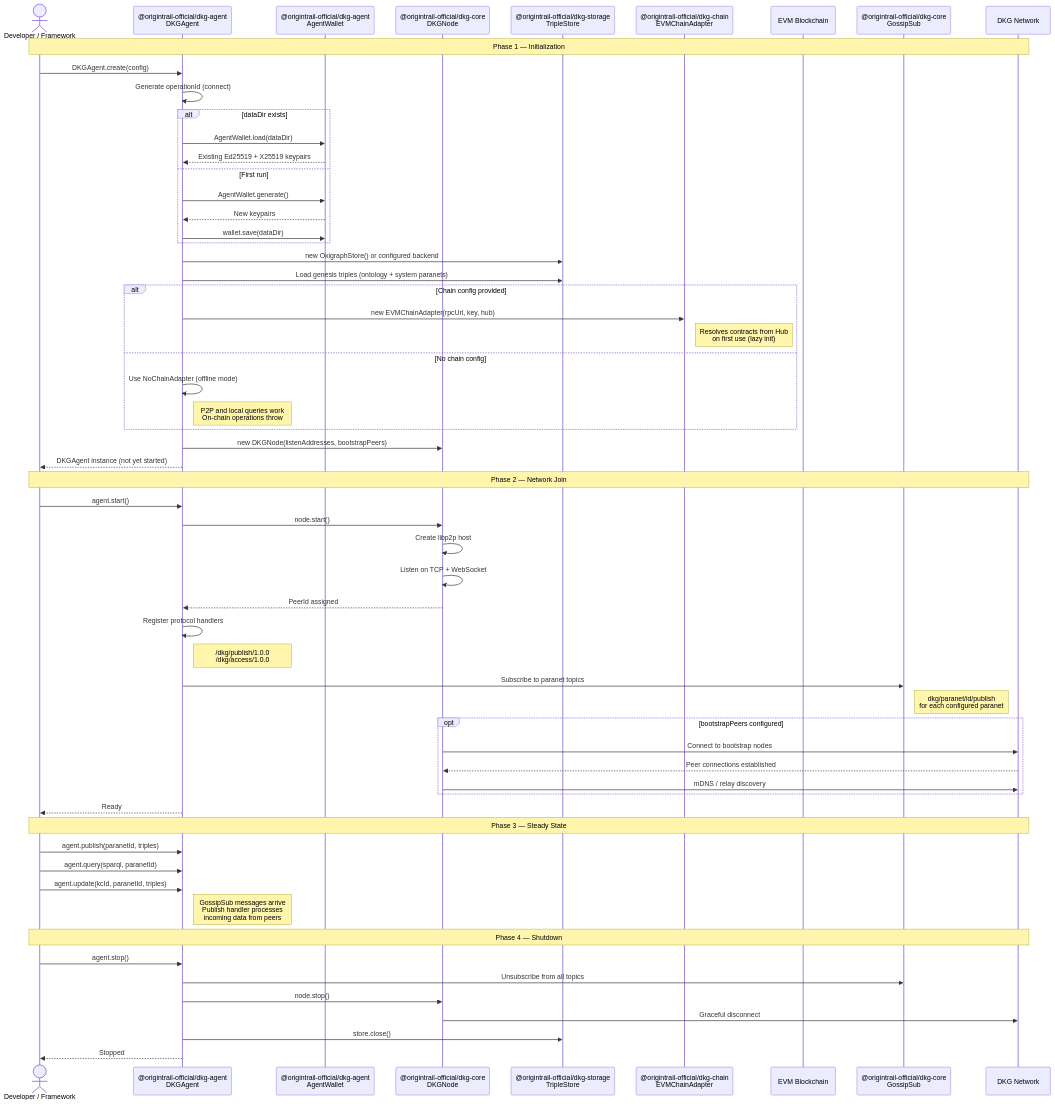
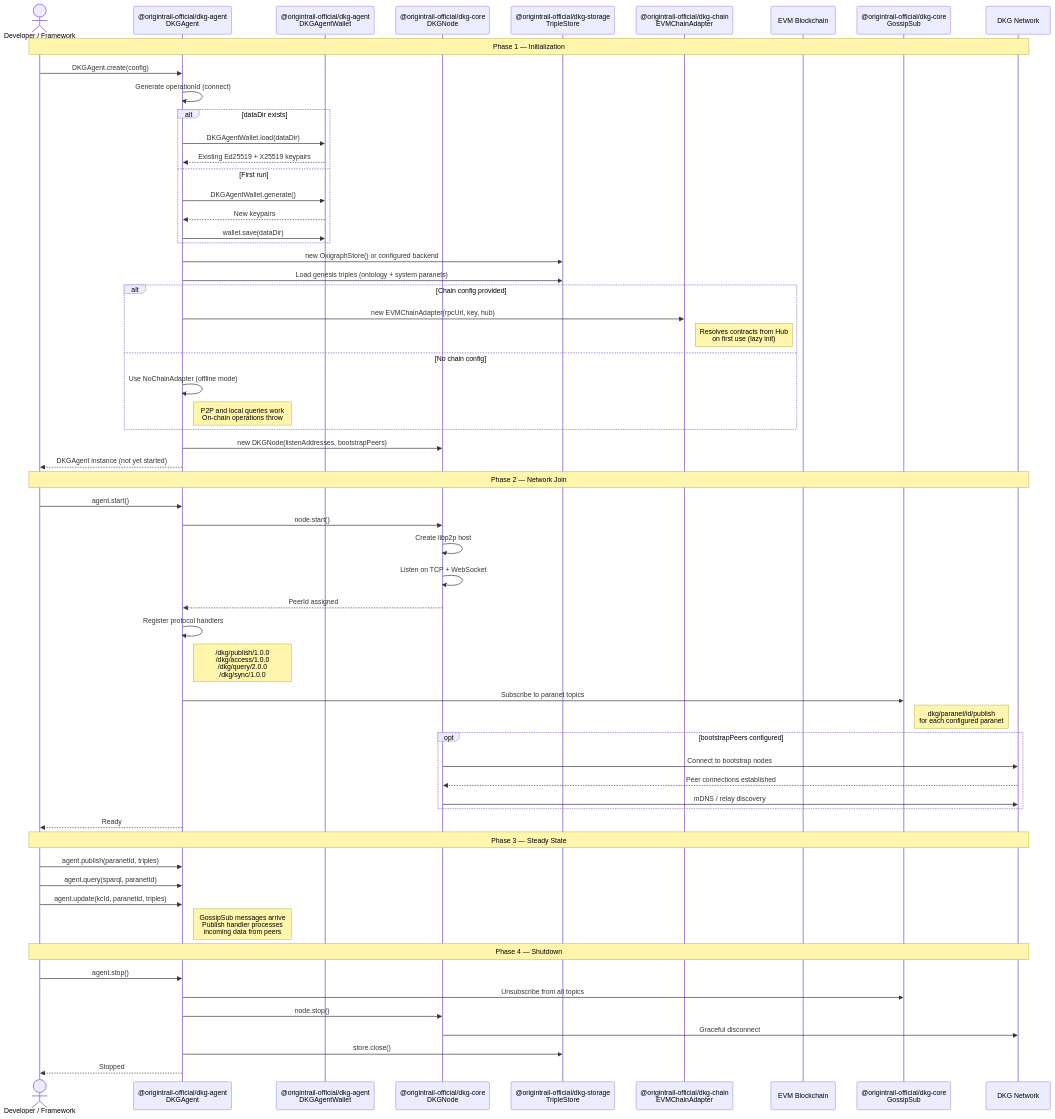
The diagram in docs/diagrams/agent-lifecycle.md (OriginTrail/dkg-v9), drawn with Mermaid before and after one commit. The commit also changed other lines of this file and 22 other files, not shown here.

````diff
--- a/docs/diagrams/agent-lifecycle.md
+++ b/docs/diagrams/agent-lifecycle.md
@@ -8,79 +8,79 @@
 ```mermaid
 sequenceDiagram
     actor Dev as Developer / Framework
     participant Agent as @origintrail-official/dkg-agent<br/>DKGAgent
-    participant Wallet as @origintrail-official/dkg-agent<br/>AgentWallet
+    participant Wallet as @origintrail-official/dkg-agent<br/>DKGAgentWallet
     participant Node as @origintrail-official/dkg-core<br/>DKGNode
     participant Store as @origintrail-official/dkg-storage<br/>TripleStore
     participant Chain as @origintrail-official/dkg-chain<br/>EVMChainAdapter
     participant EVM as EVM Blockchain
     participant Gossip as @origintrail-official/dkg-core<br/>GossipSub
     participant Peers as DKG Network
 
     Note over Dev,Peers: Phase 1 — Initialization
 
     Dev ->> Agent: DKGAgent.create(config)
     Agent ->> Agent: Generate operationId (connect)
 
     alt dataDir exists
-        Agent ->> Wallet: AgentWallet.load(dataDir)
+        Agent ->> Wallet: DKGAgentWallet.load(dataDir)
         Wallet -->> Agent: Existing Ed25519 + X25519 keypairs
     else First run
-        Agent ->> Wallet: AgentWallet.generate()
+        Agent ->> Wallet: DKGAgentWallet.generate()
         Wallet -->> Agent: New keypairs
         Agent ->> Wallet: wallet.save(dataDir)
     end
 
     Agent ->> Store: new OxigraphStore() or configured backend
     Agent ->> Store: Load genesis triples (ontology + system paranets)
 
     alt Chain config provided
         Agent ->> Chain: new EVMChainAdapter(rpcUrl, key, hub)
         Note right of Chain: Resolves contracts from Hub<br/>on first use (lazy init)
     else No chain config
         Agent ->> Agent: Use NoChainAdapter (offline mode)
         Note right of Agent: P2P and local queries work<br/>On-chain operations throw
     end
 
     Agent ->> Node: new DKGNode(listenAddresses, bootstrapPeers)
     Agent -->> Dev: DKGAgent instance (not yet started)
 
     Note over Dev,Peers: Phase 2 — Network Join
 
     Dev ->> Agent: agent.start()
     Agent ->> Node: node.start()
     Node ->> Node: Create libp2p host
     Node ->> Node: Listen on TCP + WebSocket
     Node -->> Agent: PeerId assigned
 
     Agent ->> Agent: Register protocol handlers
-    Note right of Agent: /dkg/publish/1.0.0<br/>/dkg/access/1.0.0
+    Note right of Agent: /dkg/publish/1.0.0<br/>/dkg/access/1.0.0<br/>/dkg/query/2.0.0<br/>/dkg/sync/1.0.0
 
     Agent ->> Gossip: Subscribe to paranet topics
     Note right of Gossip: dkg/paranet/id/publish<br/>for each configured paranet
 
     opt bootstrapPeers configured
         Node ->> Peers: Connect to bootstrap nodes
         Peers -->> Node: Peer connections established
         Node ->> Peers: mDNS / relay discovery
     end
 
     Agent -->> Dev: Ready
 
     Note over Dev,Peers: Phase 3 — Steady State
 
     Dev ->> Agent: agent.publish(paranetId, triples)
     Dev ->> Agent: agent.query(sparql, paranetId)
     Dev ->> Agent: agent.update(kcId, paranetId, triples)
 
     Note right of Agent: GossipSub messages arrive<br/>Publish handler processes<br/>incoming data from peers
 
     Note over Dev,Peers: Phase 4 — Shutdown
 
     Dev ->> Agent: agent.stop()
     Agent ->> Gossip: Unsubscribe from all topics
     Agent ->> Node: node.stop()
     Node ->> Peers: Graceful disconnect
     Agent ->> Store: store.close()
     Agent -->> Dev: Stopped
 ```
````
